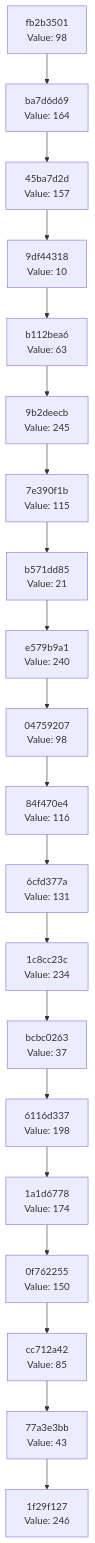
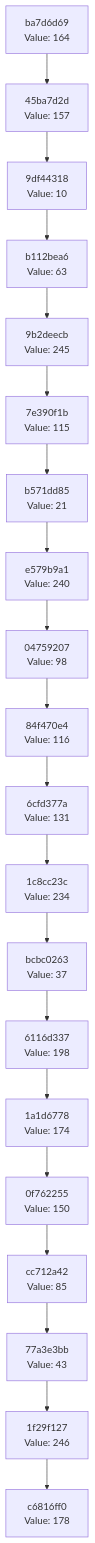
Before and after one commit to Abhisheksinha1506/hash-chain-evolver: the diagram in docs/CHAIN_VISUALIZATION.md, drawn with Mermaid. The commit also changed 2 other files, not shown here.

Commit message:
Evolution Step

````diff
--- a/docs/CHAIN_VISUALIZATION.md
+++ b/docs/CHAIN_VISUALIZATION.md
@@ -3,42 +3,42 @@
 ```mermaid
 graph TD
-    C0["1f29f127<br/>Value: 246"]
-    C1["77a3e3bb<br/>Value: 43"]
+    C0["c6816ff0<br/>Value: 178"]
+    C1["1f29f127<br/>Value: 246"]
     C1 --> C0
-    C2["cc712a42<br/>Value: 85"]
+    C2["77a3e3bb<br/>Value: 43"]
     C2 --> C1
-    C3["0f762255<br/>Value: 150"]
+    C3["cc712a42<br/>Value: 85"]
     C3 --> C2
-    C4["1a1d6778<br/>Value: 174"]
+    C4["0f762255<br/>Value: 150"]
     C4 --> C3
-    C5["6116d337<br/>Value: 198"]
+    C5["1a1d6778<br/>Value: 174"]
     C5 --> C4
-    C6["bcbc0263<br/>Value: 37"]
+    C6["6116d337<br/>Value: 198"]
     C6 --> C5
-    C7["1c8cc23c<br/>Value: 234"]
+    C7["bcbc0263<br/>Value: 37"]
     C7 --> C6
-    C8["6cfd377a<br/>Value: 131"]
+    C8["1c8cc23c<br/>Value: 234"]
     C8 --> C7
-    C9["84f470e4<br/>Value: 116"]
+    C9["6cfd377a<br/>Value: 131"]
     C9 --> C8
-    C10["04759207<br/>Value: 98"]
+    C10["84f470e4<br/>Value: 116"]
     C10 --> C9
-    C11["e579b9a1<br/>Value: 240"]
+    C11["04759207<br/>Value: 98"]
     C11 --> C10
-    C12["b571dd85<br/>Value: 21"]
+    C12["e579b9a1<br/>Value: 240"]
     C12 --> C11
-    C13["7e390f1b<br/>Value: 115"]
+    C13["b571dd85<br/>Value: 21"]
     C13 --> C12
-    C14["9b2deecb<br/>Value: 245"]
+    C14["7e390f1b<br/>Value: 115"]
     C14 --> C13
-    C15["b112bea6<br/>Value: 63"]
+    C15["9b2deecb<br/>Value: 245"]
     C15 --> C14
-    C16["9df44318<br/>Value: 10"]
+    C16["b112bea6<br/>Value: 63"]
     C16 --> C15
-    C17["45ba7d2d<br/>Value: 157"]
+    C17["9df44318<br/>Value: 10"]
     C17 --> C16
-    C18["ba7d6d69<br/>Value: 164"]
+    C18["45ba7d2d<br/>Value: 157"]
     C18 --> C17
-    C19["fb2b3501<br/>Value: 98"]
+    C19["ba7d6d69<br/>Value: 164"]
     C19 --> C18
 ```
````
